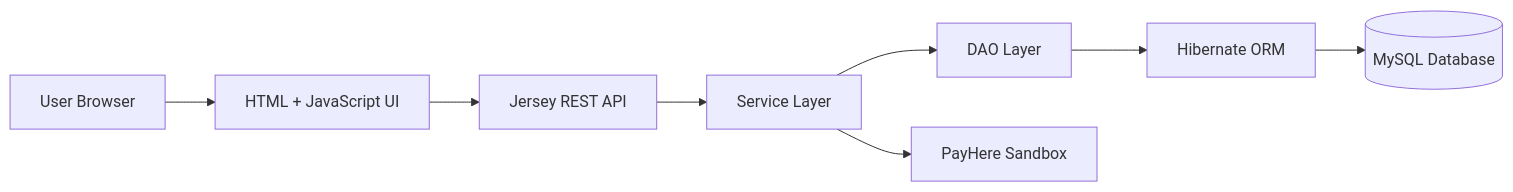
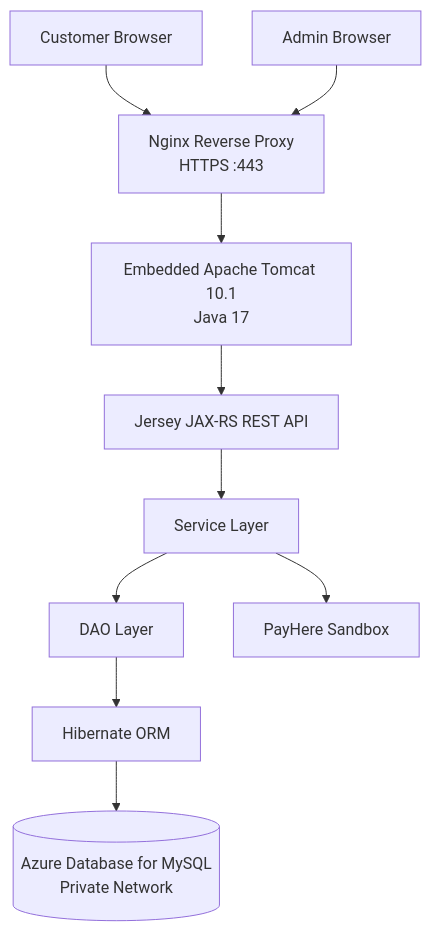
Before and after one commit to ImeshVishmika/timestore-jersey-hibernate: the diagram in README.md, drawn with Mermaid. The commit also changed other lines of this file, not shown here.

````diff
--- a/README.md
+++ b/README.md
@@ -35,20 +245,34 @@
 ```mermaid
-flowchart LR
+flowchart TD
 
-User[User Browser]
-Frontend[HTML + JavaScript UI]
-API[Jersey REST API]
-Service[Service Layer]
-DAO[DAO Layer]
-Hibernate[Hibernate ORM]
-DB[(MySQL Database)]
-Payment[PayHere Sandbox]
+    User[Customer Browser]
+    Admin[Admin Browser]
 
-User --> Frontend
-Frontend --> API
-API --> Service
-Service --> DAO
-DAO --> Hibernate
-Hibernate --> DB
-Service --> Payment
+    Nginx[Nginx Reverse Proxy<br/>HTTPS :443]
+
+    Tomcat[Embedded Apache Tomcat 10.1<br/>Java 17]
+
+    Jersey[Jersey JAX-RS REST API]
+
+    Service[Service Layer]
+
+    DAO[DAO Layer]
+
+    Hibernate[Hibernate ORM]
+
+    MySQL[(Azure Database for MySQL<br/>Private Network)]
+
+    PayHere[PayHere Sandbox]
+
+    User --> Nginx
+    Admin --> Nginx
+
+    Nginx --> Tomcat
+    Tomcat --> Jersey
+    Jersey --> Service
+    Service --> DAO
+    DAO --> Hibernate
+    Hibernate --> MySQL
+
+    Service --> PayHere
 ```
````
